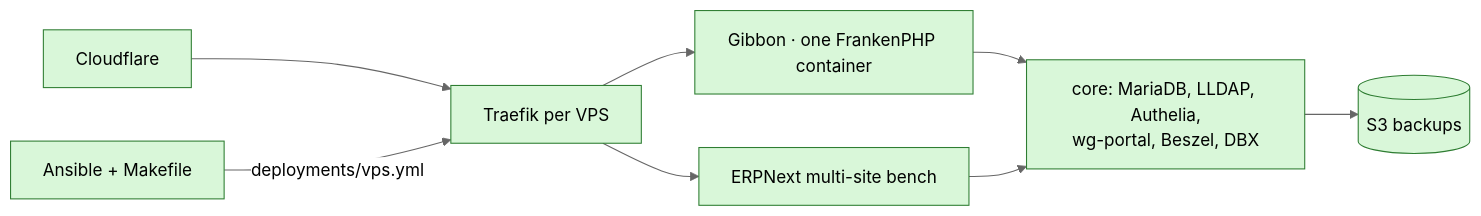
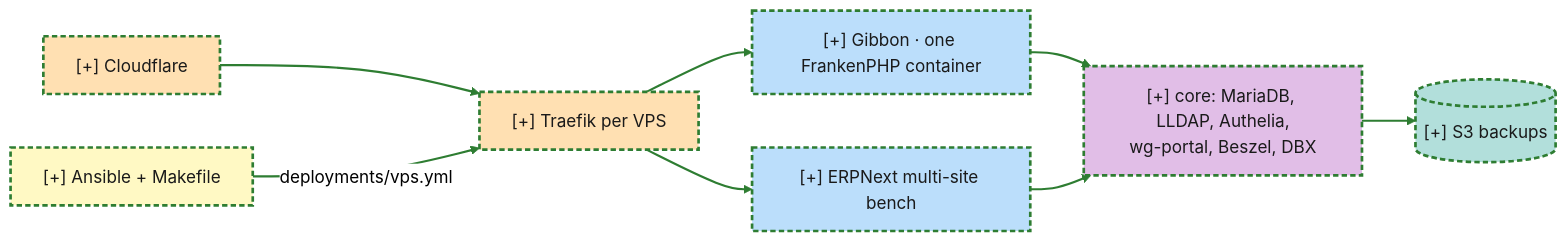
Before and after one commit to varunpathania86/nigu-lite: the second of 2 diagrams in docs/adr/0001-platform-baseline.md, drawn with Mermaid (neutral theme). The commit also changed other lines of this file and 38 other files, not shown here.

````diff
--- a/docs/adr/0001-platform-baseline.md
+++ b/docs/adr/0001-platform-baseline.md
@@ -79,10 +78,27 @@
 ```mermaid
 flowchart LR
-  CF["Cloudflare"]:::new --> T["Traefik per VPS"]:::new
-  T --> G["Gibbon · one FrankenPHP container"]:::new
-  T --> E["ERPNext multi-site bench"]:::new
-  G & E --> C["core: MariaDB, LLDAP, Authelia,<br/>wg-portal, Beszel, DBX"]:::new
-  C --> S3[("S3 backups")]:::new
-  A["Ansible + Makefile"]:::new -->|"deployments/vps.yml"| T
-  classDef new fill:#d9f7d9,stroke:#2e7d32
+  CF["[+] Cloudflare"] --> T["[+] Traefik per VPS"]
+  T --> G["[+] Gibbon · one FrankenPHP container"]
+  T --> E["[+] ERPNext multi-site bench"]
+  G & E --> C["[+] core: MariaDB, LLDAP, Authelia,<br/>wg-portal, Beszel, DBX"]
+  C --> S3[("[+] S3 backups")]
+  A["[+] Ansible + Makefile"] -->|"deployments/vps.yml"| T
+  linkStyle 0,1,2,3,4,5,6 stroke:#2e7d32,stroke-width:2px
+  class CF,T edge
+  class G,E app
+  class C core
+  class S3 data
+  class A tool
+  style CF stroke:#2e7d32,stroke-width:2.5px,stroke-dasharray:5 3
+  style T stroke:#2e7d32,stroke-width:2.5px,stroke-dasharray:5 3
+  style G stroke:#2e7d32,stroke-width:2.5px,stroke-dasharray:5 3
+  style E stroke:#2e7d32,stroke-width:2.5px,stroke-dasharray:5 3
+  style C stroke:#2e7d32,stroke-width:2.5px,stroke-dasharray:5 3
+  style S3 stroke:#2e7d32,stroke-width:2.5px,stroke-dasharray:5 3
+  style A stroke:#2e7d32,stroke-width:2.5px,stroke-dasharray:5 3
+  classDef edge fill:#ffe0b2,stroke:#e65100,color:#1a1a1a
+  classDef app fill:#bbdefb,stroke:#1565c0,color:#1a1a1a
+  classDef core fill:#e1bee7,stroke:#6a1b9a,color:#1a1a1a
+  classDef data fill:#b2dfdb,stroke:#00695c,color:#1a1a1a
+  classDef tool fill:#fff9c4,stroke:#f9a825,color:#1a1a1a
 ```
````
